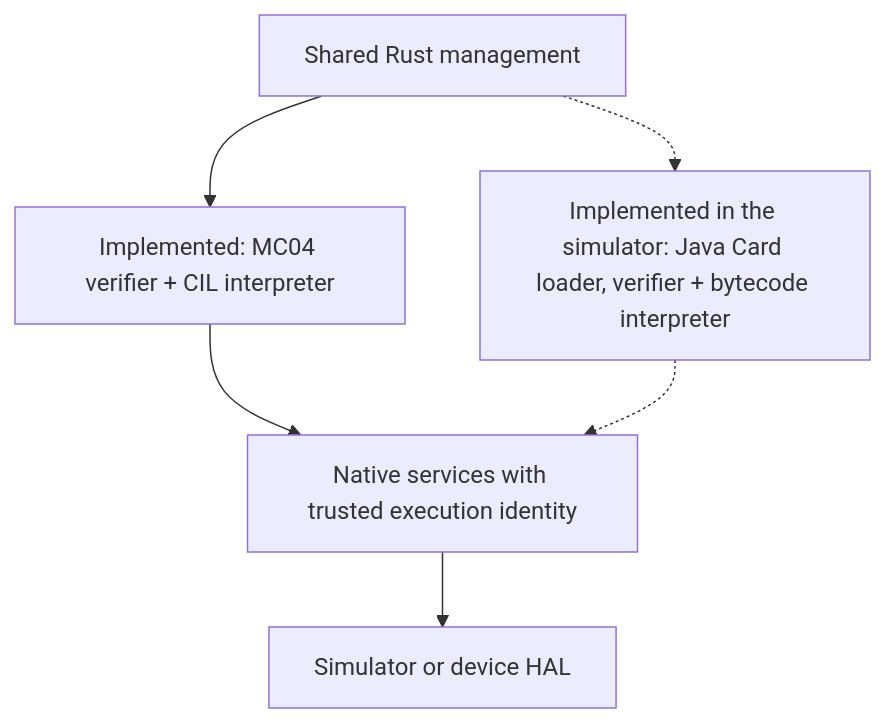
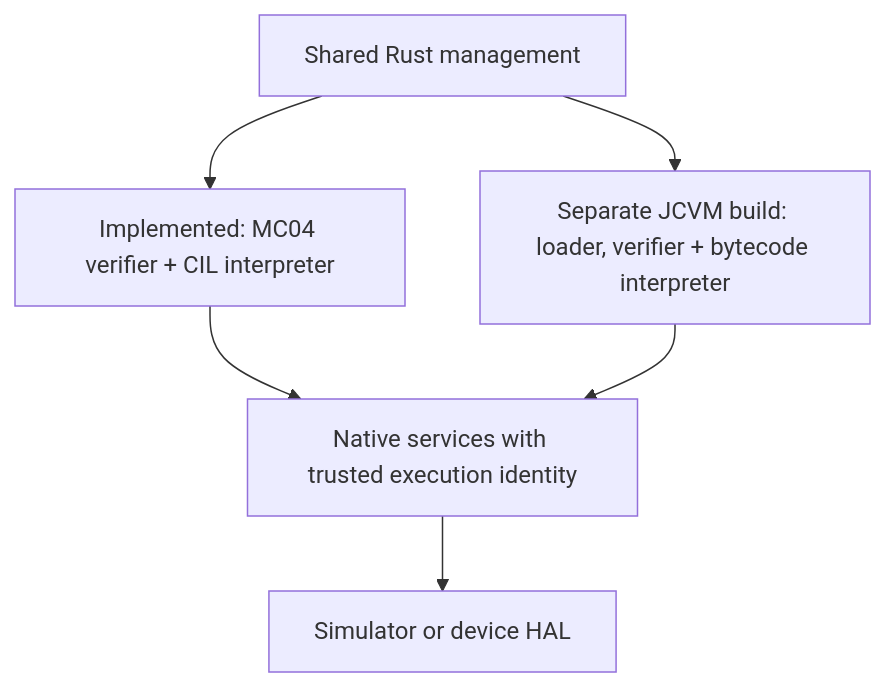
The third of 3 diagrams in docs/ARCHITECTURE.md (mistial-dev/MicroCard), drawn with Mermaid before and after one commit. The commit also changed other lines of this file and 5 other files, not shown here.

Commit message:
Separate MC04 linking from domain lifecycle management

````diff
--- a/docs/ARCHITECTURE.md
+++ b/docs/ARCHITECTURE.md
@@ -107,8 +107,8 @@
 ```mermaid
 flowchart TB
     Management[Shared Rust management] --> CIL[Implemented: MC04 verifier + CIL interpreter]
-    Management -.-> JCVM[Implemented in the simulator: Java Card loader, verifier + bytecode interpreter]
+    Management --> JCVM[Separate JCVM build: loader, verifier + bytecode interpreter]
     CIL --> Services[Native services with trusted execution identity]
-    JCVM -.-> Services
+    JCVM --> Services
     Services --> HAL[Simulator or device HAL]
 ```
````
